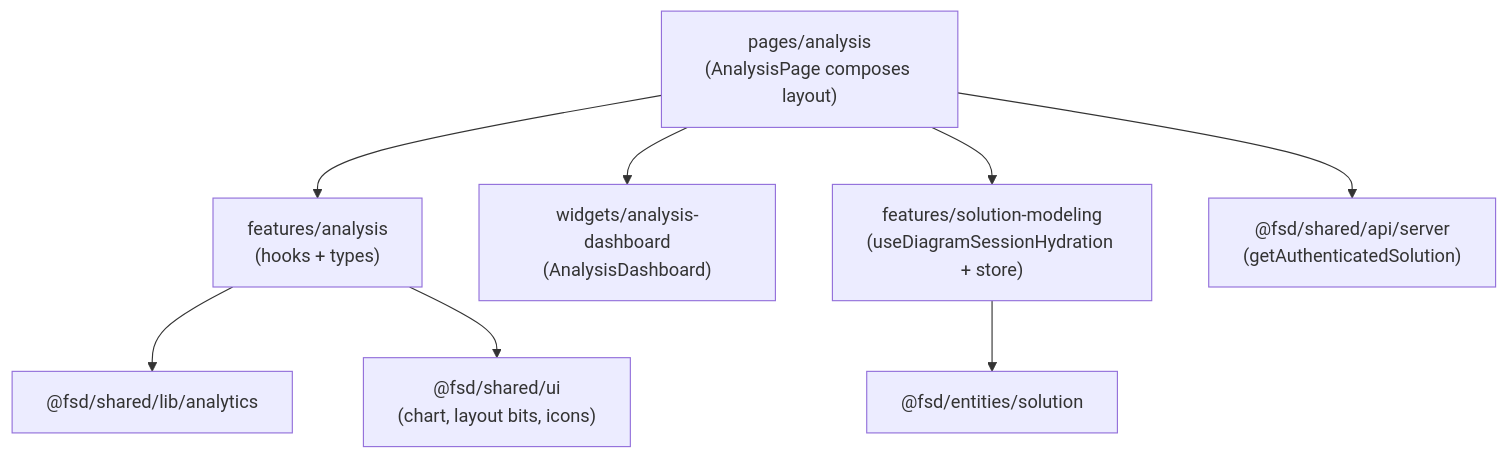
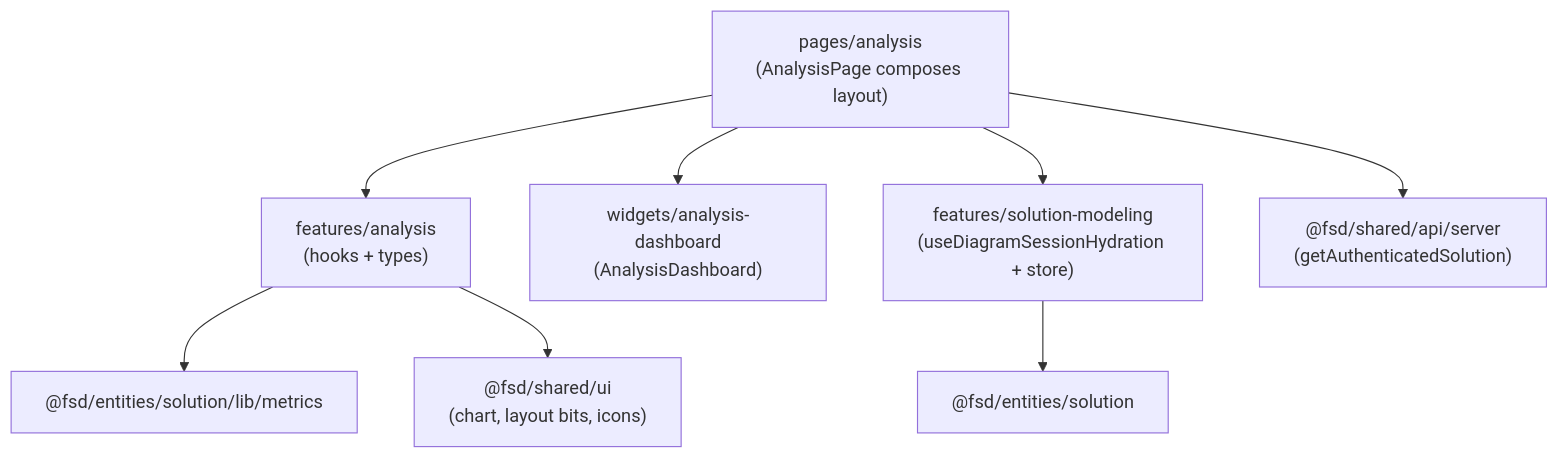
One commit to QOLQA/DBCapibara-next changed the third of 9 diagrams in docs/architecture/frontend-fsd-architecture.md. Above: the diagram before and after it, drawn with Mermaid. The commit also changed other lines of this file and 12 other files, not shown here.

Commit message:
refactor(fsd): rename solution/lib/analytics to lib/metrics

````diff
--- a/docs/architecture/frontend-fsd-architecture.md
+++ b/docs/architecture/frontend-fsd-architecture.md
@@ -175,11 +176,11 @@
 ```mermaid
 flowchart TB
   pageAnalysis["pages/analysis\n(AnalysisPage composes layout)"] --> featAnalysis["features/analysis\n(hooks + types)"]
   pageAnalysis --> widgetAnalysisDash["widgets/analysis-dashboard\n(AnalysisDashboard)"]
   pageAnalysis --> featSolutionModeling["features/solution-modeling\n(useDiagramSessionHydration + store)"]
   pageAnalysis --> sharedApiServer["@fsd/shared/api/server\n(getAuthenticatedSolution)"]
 
-  featAnalysis --> sharedLibAnalytics["@fsd/shared/lib/analytics"]
+  featAnalysis --> entSolutionLibMetrics["@fsd/entities/solution/lib/metrics"]
   featAnalysis --> sharedUi["@fsd/shared/ui\n(chart, layout bits, icons)"]
   featSolutionModeling --> entSolution["@fsd/entities/solution"]
 ```
````
